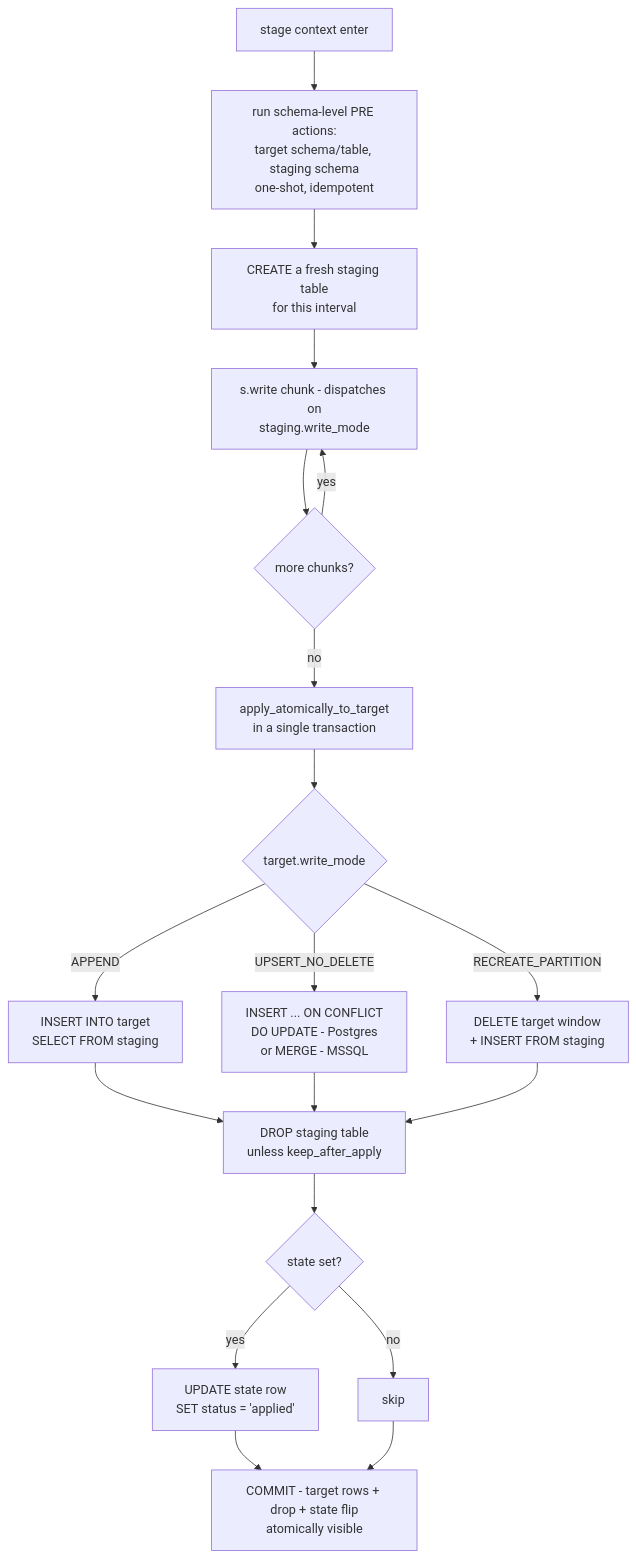
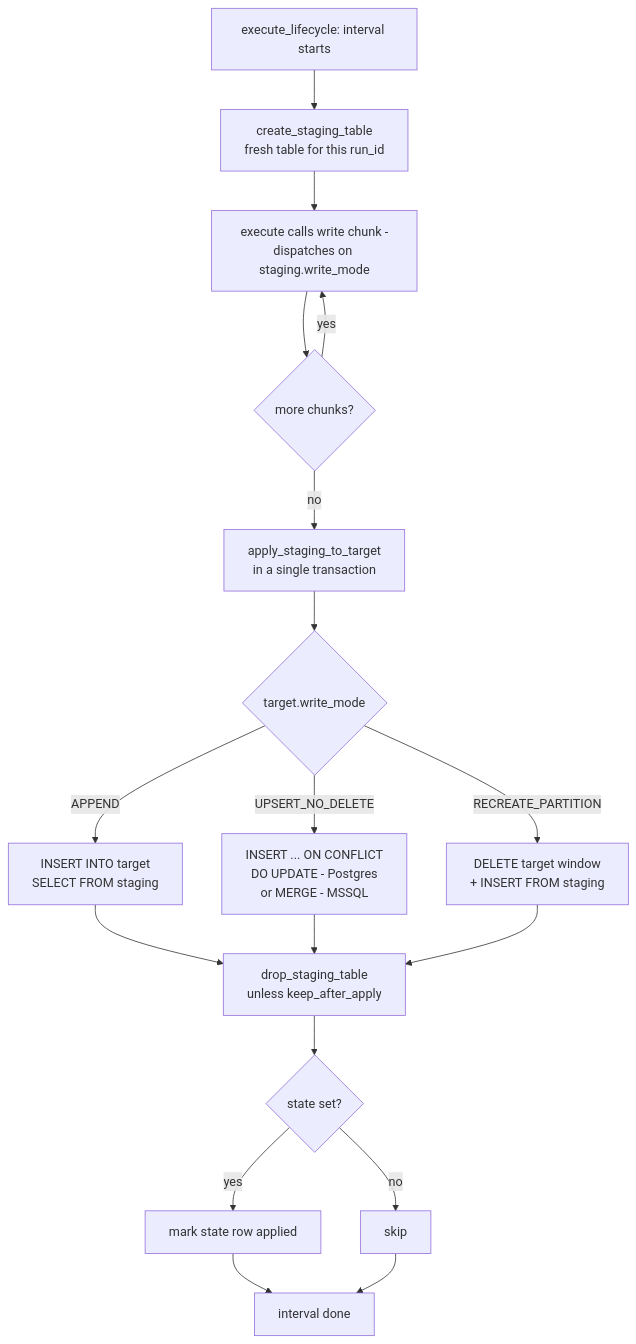
The first of 2 diagrams in docs/content/STAGING.md (ebremstedt/bollhav), drawn with Mermaid before and after one commit. The commit also changed other lines of this file and 155 other files, not shown here.

````diff
--- a/docs/content/STAGING.md
+++ b/docs/content/STAGING.md
@@ -23,21 +25,20 @@
 ```mermaid
 flowchart TD
-    A[stage context enter] --> B[run schema-level PRE actions:<br>target schema/table, staging schema<br>one-shot, idempotent]
-    B --> C[CREATE a fresh staging table<br>for this interval]
-    C --> F[s.write chunk - dispatches on<br>staging.write_mode]
+    A[execute_lifecycle: interval starts] --> C[create_staging_table<br>fresh table for this run_id]
+    C --> F[execute calls write chunk -<br>dispatches on staging.write_mode]
     F --> G{more chunks?}
     G -- yes --> F
-    G -- no --> H[apply_atomically_to_target<br>in a single transaction]
+    G -- no --> H[apply_staging_to_target<br>in a single transaction]
     H --> I{target.write_mode}
     I -- APPEND --> J[INSERT INTO target<br>SELECT FROM staging]
     I -- UPSERT_NO_DELETE --> K[INSERT ... ON CONFLICT<br>DO UPDATE - Postgres<br>or MERGE - MSSQL]
     I -- RECREATE_PARTITION --> L[DELETE target window<br>+ INSERT FROM staging]
-    J --> D[DROP staging table<br>unless keep_after_apply]
+    J --> D[drop_staging_table<br>unless keep_after_apply]
     K --> D
     L --> D
     D --> M{state set?}
-    M -- yes --> N[UPDATE state row<br>SET status = 'applied']
+    M -- yes --> N[mark state row applied]
     M -- no --> O[skip]
-    N --> P[COMMIT - target rows + drop + state flip<br>atomically visible]
+    N --> P[interval done]
     O --> P
 ```
````
